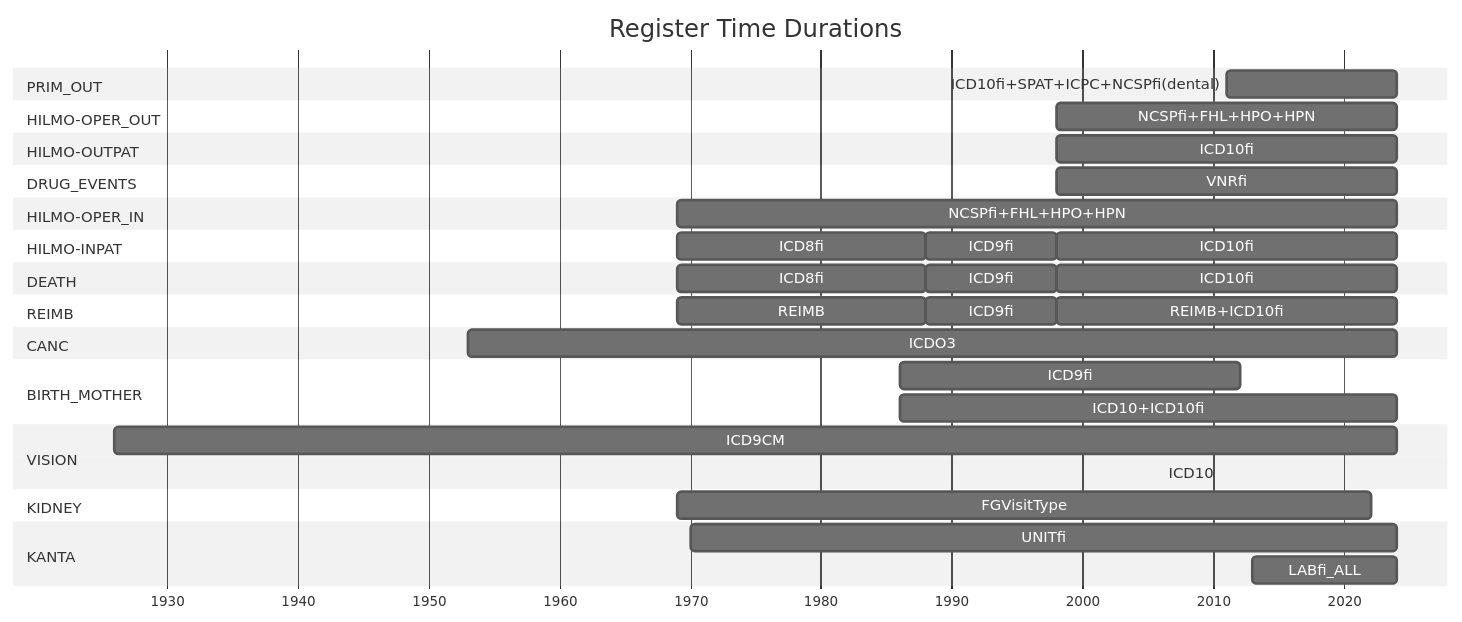
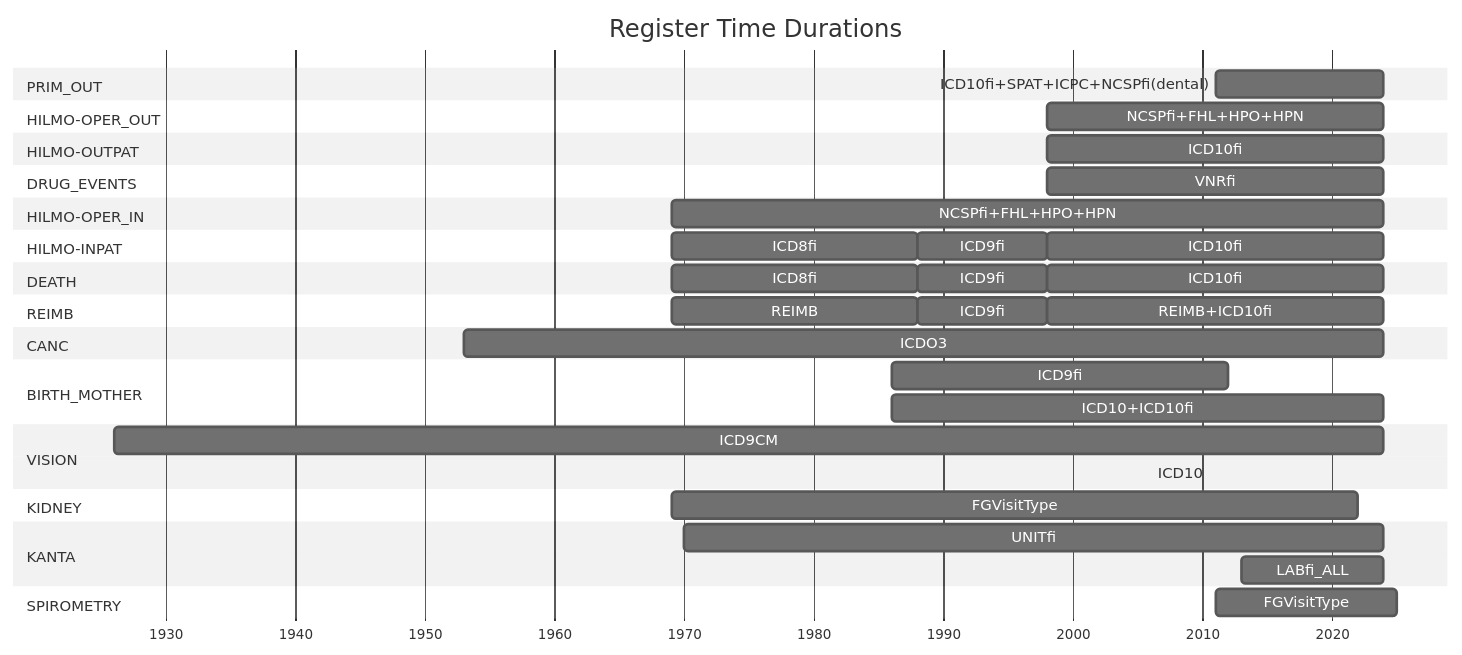
Before and after one commit to FINNGEN/ETL: the diagram in 2_etl_specifications/documentation/appendix_registers_time_duration.md, drawn with Mermaid (neutral theme). The commit also changed 3 other files, not shown here.

Commit message:
Fixed documenation and schema file

````diff
--- a/2_etl_specifications/documentation/appendix_registers_time_duration.md
+++ b/2_etl_specifications/documentation/appendix_registers_time_duration.md
@@ -14,57 +14,60 @@
 ```mermaid 
 ---
 displayMode: compact
 ---
 gantt
     title Register Time Durations
     dateFormat YYYY
     axisFormat %Y
 
     section PRIM_OUT
     ICD10fi+SPAT+ICPC+NCSPfi(dental)       : 2011, 2024
 
     section HILMO-OPER_OUT
     NCSPfi+FHL+HPO+HPN         : 1998, 2024
 
     section HILMO-OUTPAT
     ICD10fi         : 1998, 2024
 
     section DRUG_EVENTS
     VNRfi         : 1998, 2024
 
     section HILMO-OPER_IN
     NCSPfi+FHL+HPO+HPN         : 1969, 2024
 
     section HILMO-INPAT
     ICD8fi         : 1969, 1988
     ICD9fi         : 1988, 1998
     ICD10fi        : 1998, 2024
 
     section DEATH
     ICD8fi         : 1969, 1988
     ICD9fi         : 1988, 1998
     ICD10fi        : 1998, 2024
 
     section REIMB
     REIMB         : 1969, 1988
     ICD9fi   : 1988, 1998
     REIMB+ICD10fi  : 1998, 2024
 
     section CANC
     ICDO3            : 1953, 2024
     
     section BIRTH_MOTHER
     ICD9fi           : 1986, 2012
     ICD10+ICD10fi            : 1986, 2024
     
     section VISION
     ICD9CM            : 1926, 2024
     ICD10           : 2006, 2006
 
     section KIDNEY
     FGVisitType            : 1969, 2022
 
     section KANTA
     LABfi_ALL            : 2013, 2024
     UNITfi            : 1970, 2024
+
+    section SPIROMETRY
+    FGVisitType            : 2011, 2025
 ```
````
